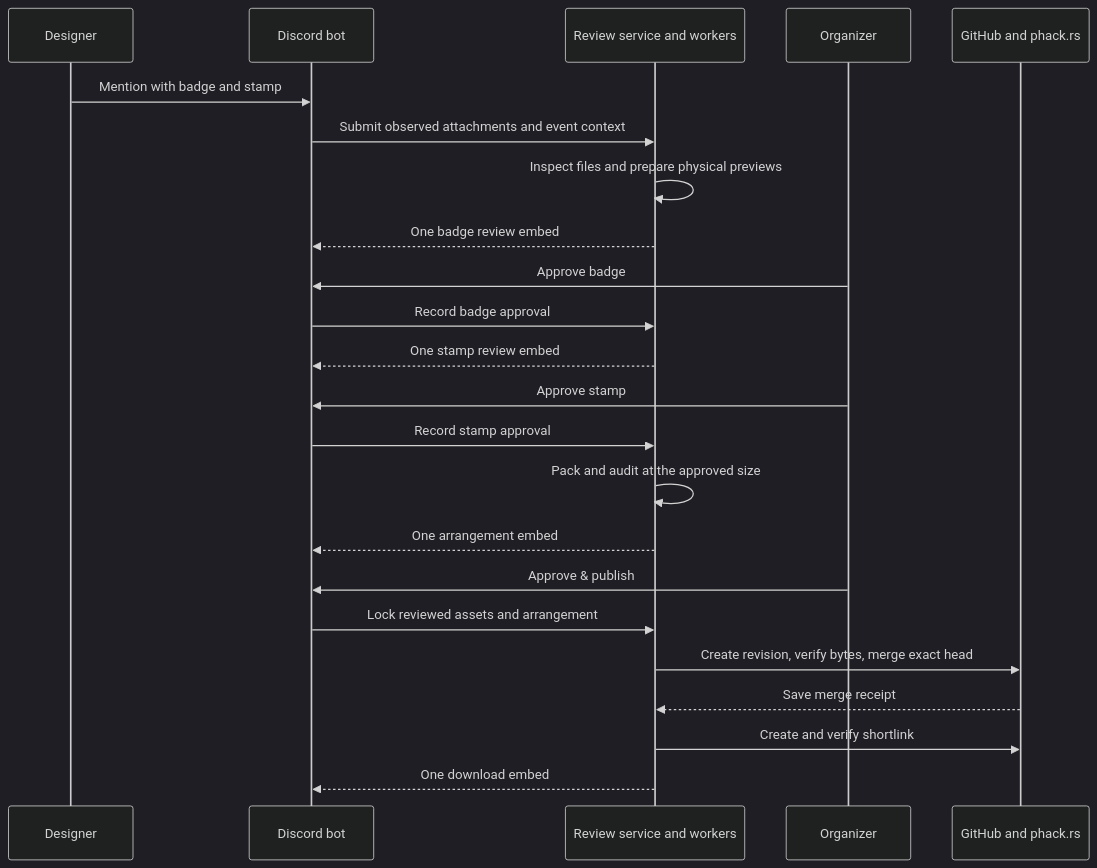
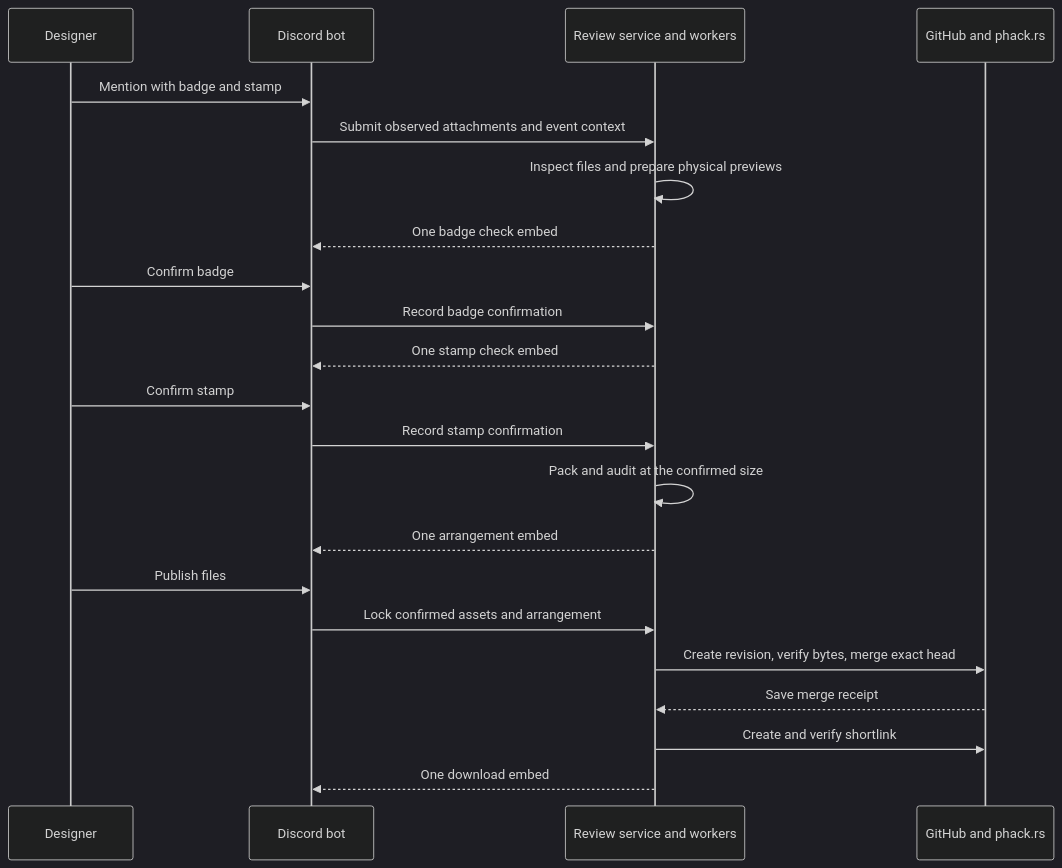
Before and after one commit to purduehackers/wack-hacker: the second of 2 diagrams in docs/badge-review.md, drawn with Mermaid (dark theme). The commit also changed other lines of this file and 46 other files, not shown here.

````diff
--- a/docs/badge-review.md
+++ b/docs/badge-review.md
@@ -85,25 +99,24 @@
 ```mermaid
 sequenceDiagram
   participant D as Designer
   participant B as Discord bot
   participant S as Review service and workers
-  participant O as Organizer
   participant G as GitHub and phack.rs
   D->>B: Mention with badge and stamp
   B->>S: Submit observed attachments and event context
   S->>S: Inspect files and prepare physical previews
-  S-->>B: One badge review embed
-  O->>B: Approve badge
-  B->>S: Record badge approval
-  S-->>B: One stamp review embed
-  O->>B: Approve stamp
-  B->>S: Record stamp approval
-  S->>S: Pack and audit at the approved size
+  S-->>B: One badge check embed
+  D->>B: Confirm badge
+  B->>S: Record badge confirmation
+  S-->>B: One stamp check embed
+  D->>B: Confirm stamp
+  B->>S: Record stamp confirmation
+  S->>S: Pack and audit at the confirmed size
   S-->>B: One arrangement embed
-  O->>B: Approve & publish
-  B->>S: Lock reviewed assets and arrangement
+  D->>B: Publish files
+  B->>S: Lock confirmed assets and arrangement
   S->>G: Create revision, verify bytes, merge exact head
   G-->>S: Save merge receipt
   S->>G: Create and verify shortlink
   S-->>B: One download embed
 ```
````
